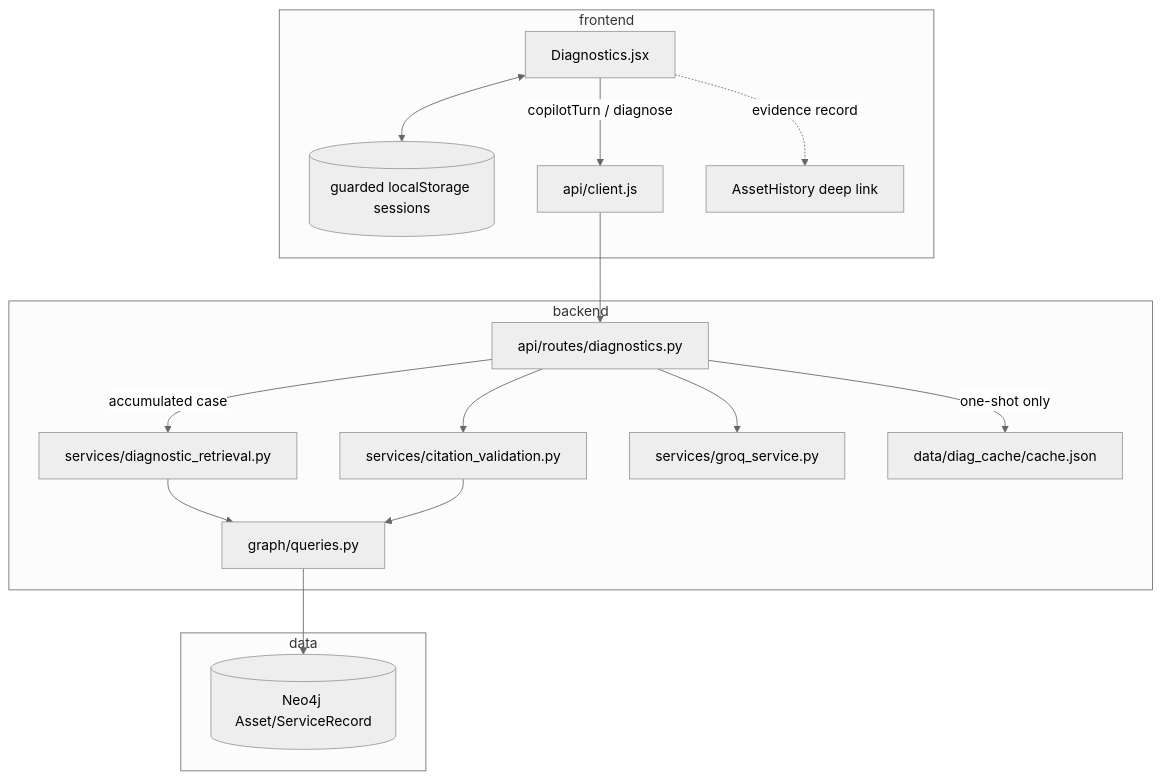
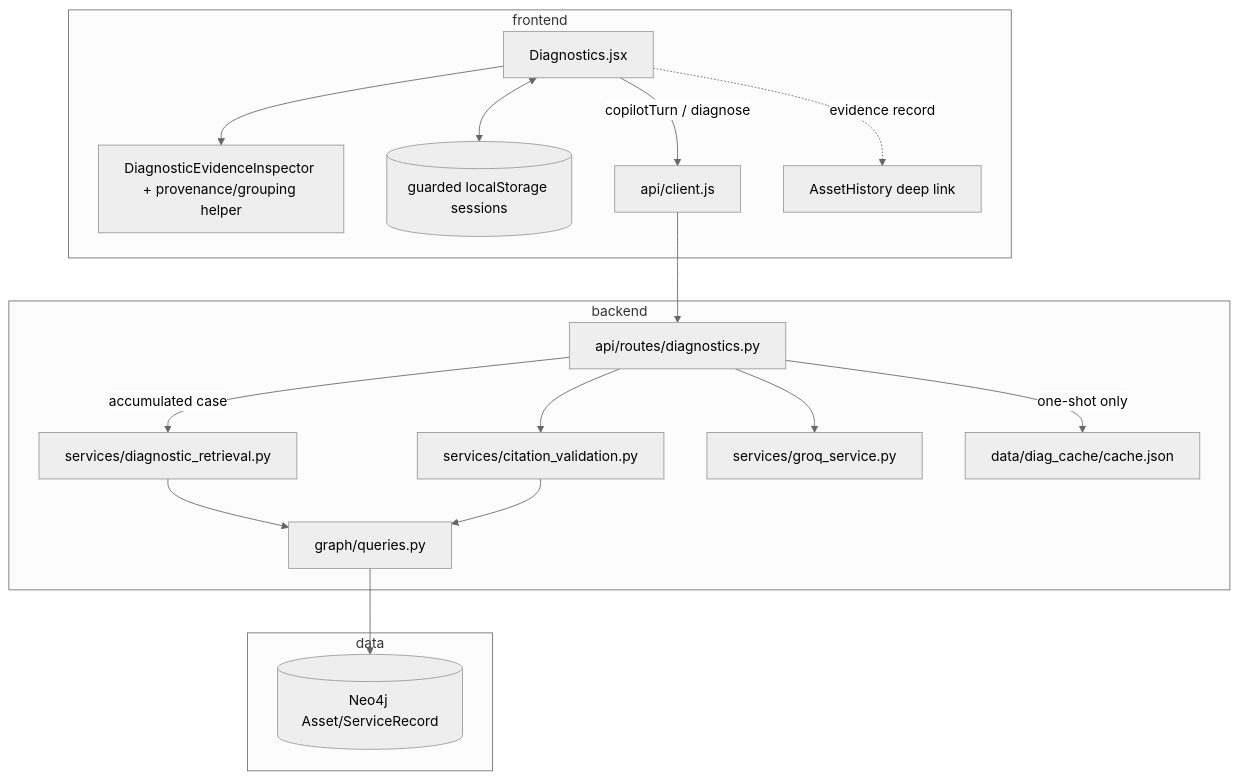
Before and after one commit to umaritics/halite: the diagram in knowledge/flows/FLOW-diagnose.md, drawn with Mermaid (neutral theme). The commit also changed other lines of this file and 10 other files, not shown here.

Commit message:
fix(diagnostics): consolidate evidence provenance

````diff
--- a/knowledge/flows/FLOW-diagnose.md
+++ b/knowledge/flows/FLOW-diagnose.md
@@ -70,27 +75,29 @@
 ```mermaid
 flowchart TB
   subgraph frontend
     D[Diagnostics.jsx]
+    EI[DiagnosticEvidenceInspector + provenance/grouping helper]
     S[(guarded localStorage sessions)]
     C[api/client.js]
     H[AssetHistory deep link]
   end
   subgraph backend
     R[api/routes/diagnostics.py]
     RET[services/diagnostic_retrieval.py]
     V[services/citation_validation.py]
     G[services/groq_service.py]
     CACHE[data/diag_cache/cache.json]
     QR[graph/queries.py]
   end
   subgraph data
     N[(Neo4j Asset/ServiceRecord)]
   end
   D -->|copilotTurn / diagnose| C --> R
+  D --> EI
   D <--> S
   R -->|accumulated case| RET --> QR --> N
   R --> G
   R --> V --> QR
   R -->|one-shot only| CACHE
   D -. evidence record .-> H
 ```
````
